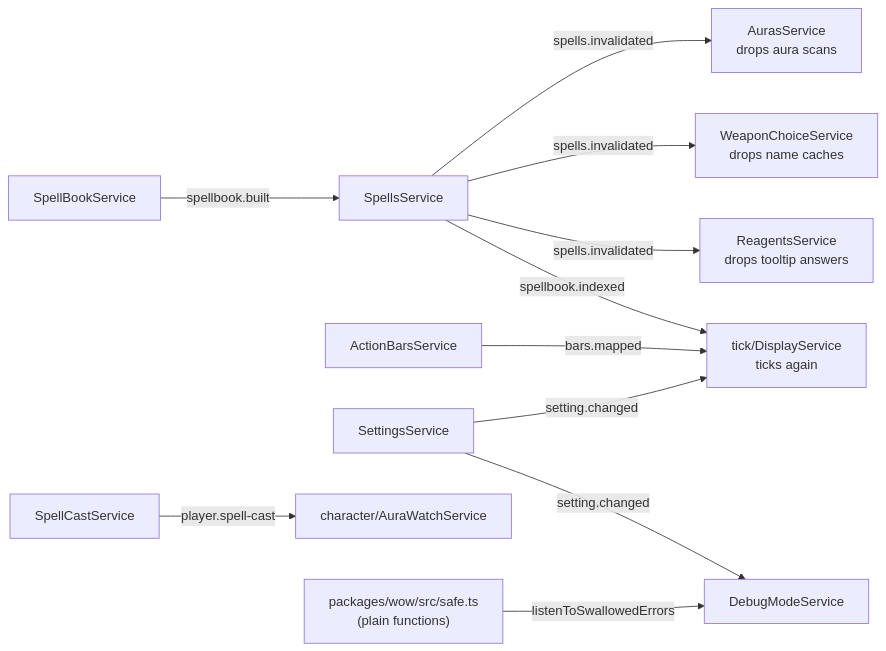
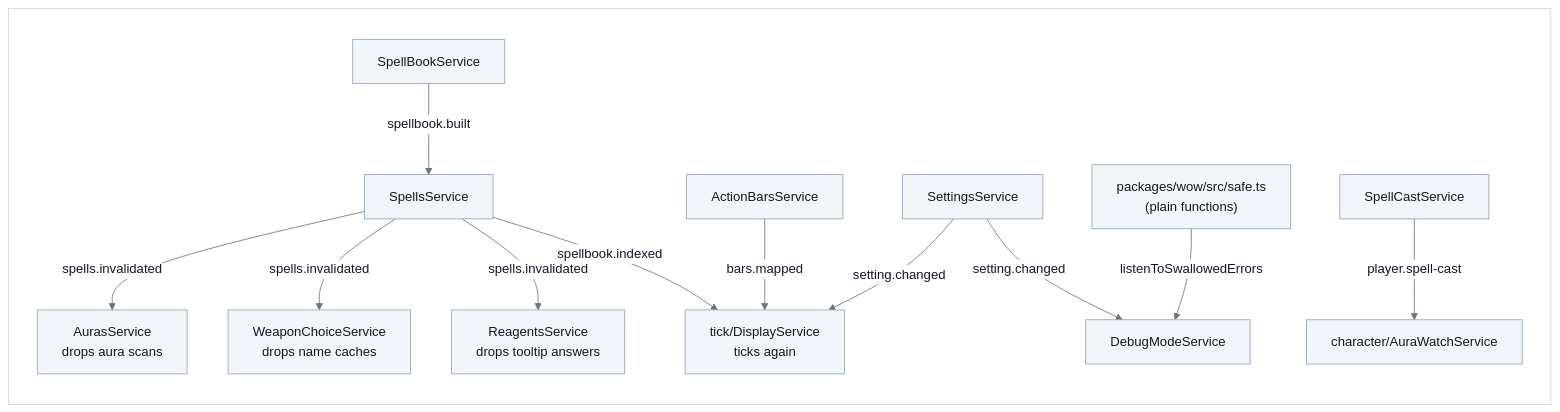
Before and after one commit to vattiss/wowkit: the sixth of 7 diagrams in docs/architecture.md, drawn with Mermaid. The commit also changed other lines of this file and 39 other files, not shown here.

First line of the commit message:
docs: show the design patterns in the diagrams, on a light background

````diff
--- a/docs/architecture.md
+++ b/docs/architecture.md
@@ -285,13 +304,18 @@
 ```mermaid
+%%{init: {"theme": "base", "themeVariables": {"background": "#ffffff", "lineColor": "#6b7280", "textColor": "#111827", "primaryColor": "#f1f5f9", "primaryTextColor": "#111827", "primaryBorderColor": "#94a3b8", "secondaryColor": "#e2e8f0", "tertiaryColor": "#ffffff", "edgeLabelBackground": "#ffffff", "clusterBkg": "#ffffff", "clusterBorder": "#d1d5db", "actorBkg": "#f1f5f9", "actorTextColor": "#111827", "actorBorder": "#94a3b8", "actorLineColor": "#6b7280", "signalColor": "#374151", "signalTextColor": "#111827", "noteBkgColor": "#fef9c3", "noteTextColor": "#111827"}}}%%
 flowchart LR
-    spellbook["SpellBookService"] -- "spellbook.built" --> spells["SpellsService"]
-    spells -- "spells.invalidated" --> auras["AurasService<br/>drops aura scans"]
-    spells -- "spells.invalidated" --> weaponChoice["WeaponChoiceService<br/>drops name caches"]
-    spells -- "spells.invalidated" --> reagents["ReagentsService<br/>drops tooltip answers"]
-    spells -- "spellbook.indexed" --> display["tick/DisplayService<br/>ticks again"]
-    actionBars["ActionBarsService"] -- "bars.mapped" --> display
-    settings["SettingsService"] -- "setting.changed" --> display
-    settings -- "setting.changed" --> debug["DebugModeService"]
-    cast["SpellCastService"] -- "player.spell-cast" --> watch["character/AuraWatchService"]
-    safe["packages/wow/src/safe.ts<br/>(plain functions)"] -- "listenToSwallowedErrors" --> debug
+    subgraph PANEL[" "]
+        spellbook["SpellBookService"] -- "spellbook.built" --> spells["SpellsService"]
+        spells -- "spells.invalidated" --> auras["AurasService<br/>drops aura scans"]
+        spells -- "spells.invalidated" --> weaponChoice["WeaponChoiceService<br/>drops name caches"]
+        spells -- "spells.invalidated" --> reagents["ReagentsService<br/>drops tooltip answers"]
+        spells -- "spellbook.indexed" --> display["tick/DisplayService<br/>ticks again"]
+        actionBars["ActionBarsService"] -- "bars.mapped" --> display
+        settings["SettingsService"] -- "setting.changed" --> display
+        settings -- "setting.changed" --> debug["DebugModeService"]
+        cast["SpellCastService"] -- "player.spell-cast" --> watch["character/AuraWatchService"]
+        safe["packages/wow/src/safe.ts<br/>(plain functions)"] -- "listenToSwallowedErrors" --> debug
+    end
+    classDef panel fill:#ffffff,stroke:#d1d5db,color:#111827
+    class PANEL panel
 ```
````
